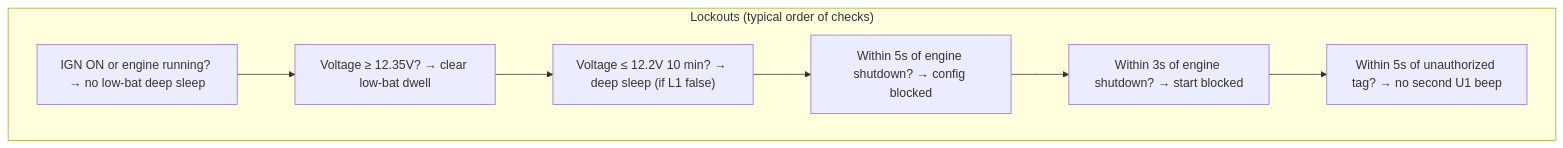
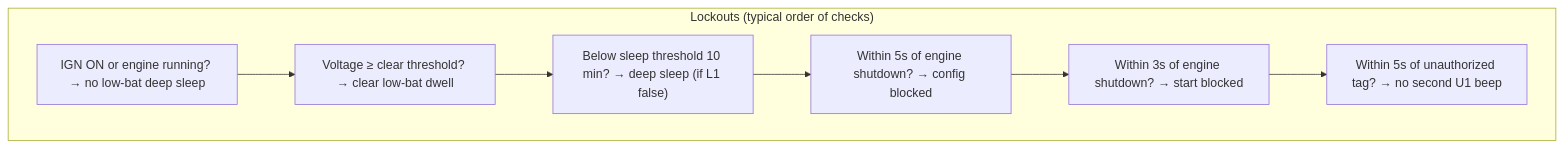
The second of 5 diagrams in docs/GHOSTKEY_REFERENCE.md (Infinitybox-LLC/GhostKey), drawn with Mermaid before and after one commit. The commit also changed other lines of this file and 2 other files, not shown here.

````diff
--- a/docs/GHOSTKEY_REFERENCE.md
+++ b/docs/GHOSTKEY_REFERENCE.md
@@ -51,16 +57,16 @@
 ```mermaid
 flowchart TB
   subgraph Lock["Lockouts (typical order of checks)"]
     L1["IGN ON or engine running? → no low‑bat deep sleep"]
-    L2["Voltage ≥ 12.35V? → clear low‑bat dwell"]
-    L2b["Voltage ≤ 12.2V 10 min? → deep sleep (if L1 false)"]
+    L2["Voltage ≥ clear threshold? → clear low‑bat dwell"]
+    L2b["Below sleep threshold 10 min? → deep sleep (if L1 false)"]
     L3["Within 5s of engine shutdown? → config blocked"]
     L4["Within 3s of engine shutdown? → start blocked"]
     L5["Within 5s of unauthorized tag? → no second U1 beep"]
   end
   L1 --> L2
   L2 --> L2b
   L2b --> L3
   L3 --> L4
   L4 --> L5
 ```
````
